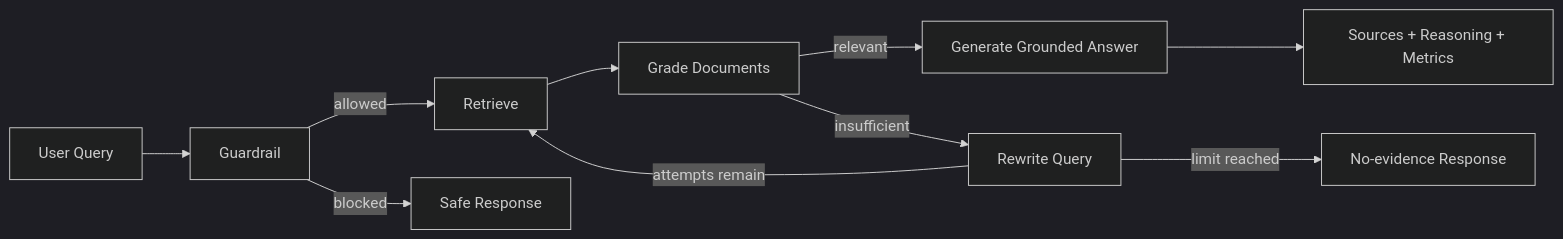
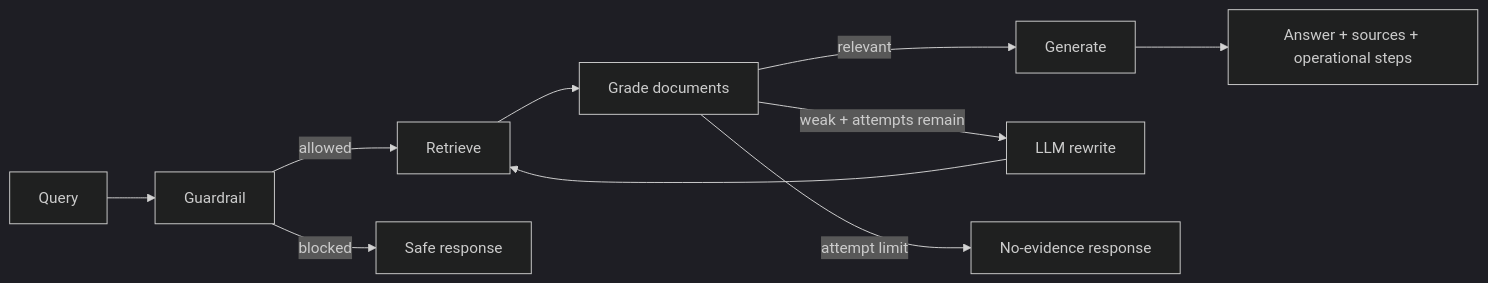
One commit to ashokmanohar-ai/production-agentic-rag-platform changed the diagram in README.md. Above: the diagram before and after it, drawn with Mermaid (dark theme). The commit also changed other lines of this file, not shown here.

````diff
--- a/README.md
+++ b/README.md
@@ -11,12 +7,12 @@
 ```mermaid
 flowchart LR
-    A[User Query] --> B[Guardrail]
-    B -->|allowed| C[Retrieve]
-    B -->|blocked| X[Safe Response]
-    C --> D[Grade Documents]
-    D -->|relevant| E[Generate Grounded Answer]
-    D -->|insufficient| F[Rewrite Query]
-    F -->|attempts remain| C
-    F -->|limit reached| Y[No-evidence Response]
-    E --> G[Sources + Reasoning + Metrics]
+ A[Query] --> B[Guardrail]
+ B -->|allowed| C[Retrieve]
+ B -->|blocked| X[Safe response]
+ C --> D[Grade documents]
+ D -->|relevant| E[Generate]
+ D -->|weak + attempts remain| F[LLM rewrite]
+ F --> C
+ D -->|attempt limit| Y[No-evidence response]
+ E --> G[Answer + sources + operational steps]
 ```
````
